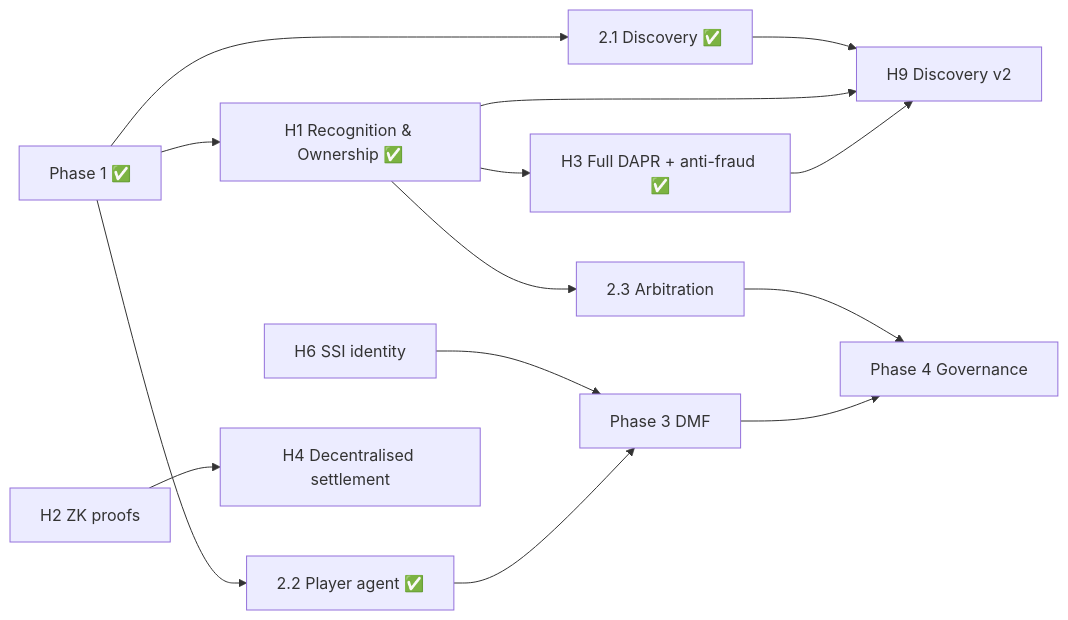
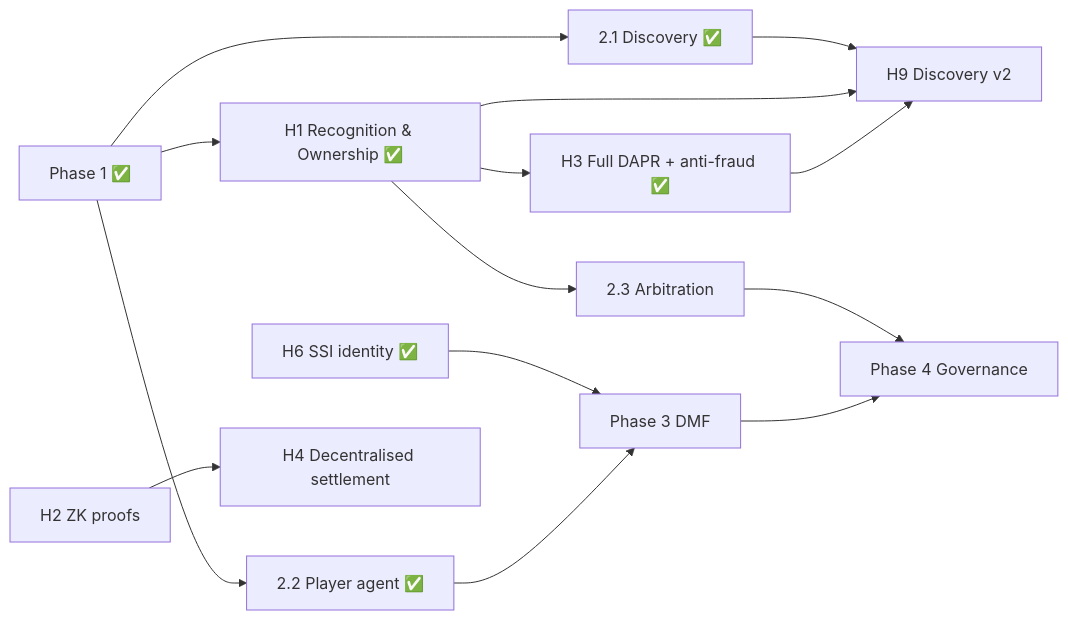
Before and after one commit to perpetualbits/clean-web-economy: the diagram in docs/roadmap.md, drawn with Mermaid. The commit also changed other lines of this file and 2 other files, not shown here.

Commit message:
Roadmap + project map: mark H6 (verifiable credentials) complete

````diff
--- a/docs/roadmap.md
+++ b/docs/roadmap.md
@@ -150,16 +154,16 @@
 ```mermaid
 flowchart LR
   P1[Phase 1 ✅] --> P21[2.1 Discovery ✅]
   P1 --> P22[2.2 Player agent ✅]
   P1 --> H1[H1 Recognition & Ownership ✅]
   P21 --> H9[H9 Discovery v2]
   H1 --> H9
   H1 --> H3[H3 Full DAPR + anti-fraud ✅]
   H1 --> P23[2.3 Arbitration ✅]
   H3 --> H9
-  H6[H6 SSI identity] --> P3[Phase 3 DMF]
+  H6[H6 SSI identity ✅] --> P3[Phase 3 DMF]
   P22 --> P3
   H2[H2 ZK proofs] --> H4[H4 Decentralised settlement]
   P23[2.3 Arbitration] --> P4[Phase 4 Governance]
   P3 --> P4
 ```
````
